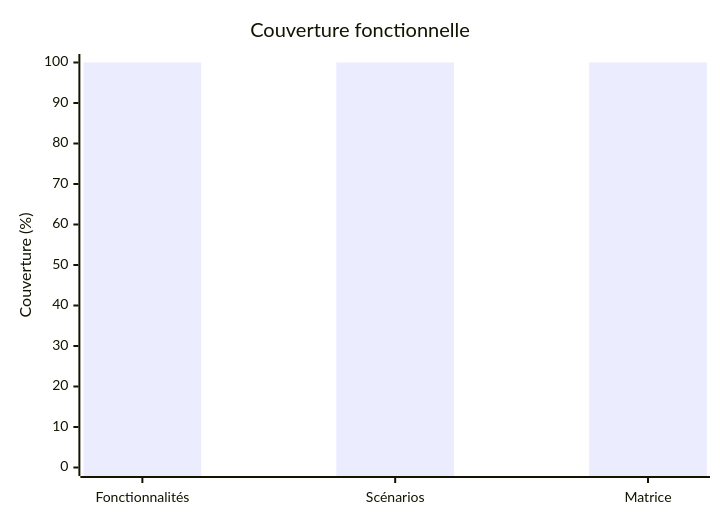
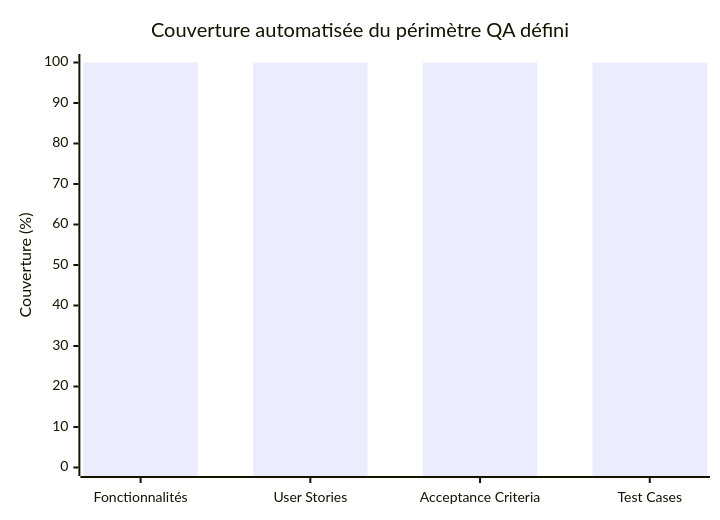
The third of 8 diagrams in SPRINT-REVIEW.md (maximejoannis/saucedemo-playwright-agents), drawn with Mermaid before and after one commit. The commit also changed other lines of this file and 1 other file, not shown here.

````diff
--- a/SPRINT-REVIEW.md
+++ b/SPRINT-REVIEW.md
@@ -458,7 +94,7 @@
 ```mermaid
 xychart-beta
-    title "Couverture fonctionnelle"
-    x-axis ["Fonctionnalités", "Scénarios", "Matrice"]
+    title "Couverture automatisée du périmètre QA défini"
+    x-axis ["Fonctionnalités", "User Stories", "Acceptance Criteria", "Test Cases"]
     y-axis "Couverture (%)" 0 --> 100
-    bar [100, 100, 100]
+    bar [100, 100, 100, 100]
 ```
````
